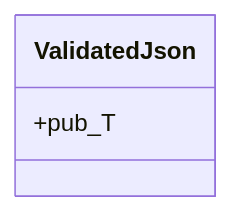
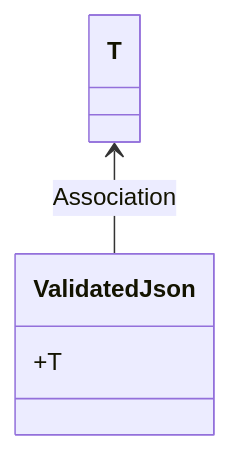
One commit to lgcorzo/fastapi-autogen-team changed the first of 2 diagrams in openwiki/src/interface/http/validation.md. Above: the diagram before and after it, drawn with Mermaid. The commit also changed other lines of this file and 22 other files, not shown here.

````diff
--- a/openwiki/src/interface/http/validation.md
+++ b/openwiki/src/interface/http/validation.md
@@ -22,7 +20,8 @@
 ```mermaid
 classDiagram
     direction BT
     class ValidatedJson {
-        +pub_T
+        +T
     }
+    ValidatedJson --> T : Association
 ```
````
